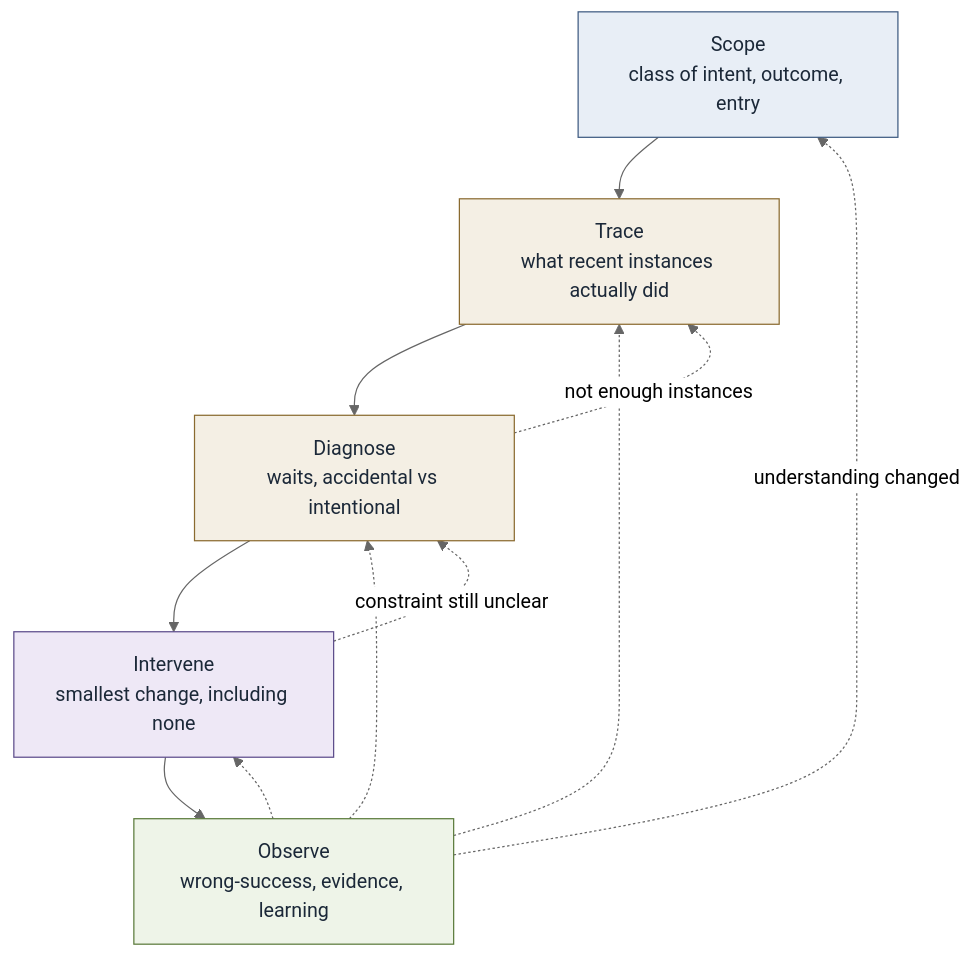
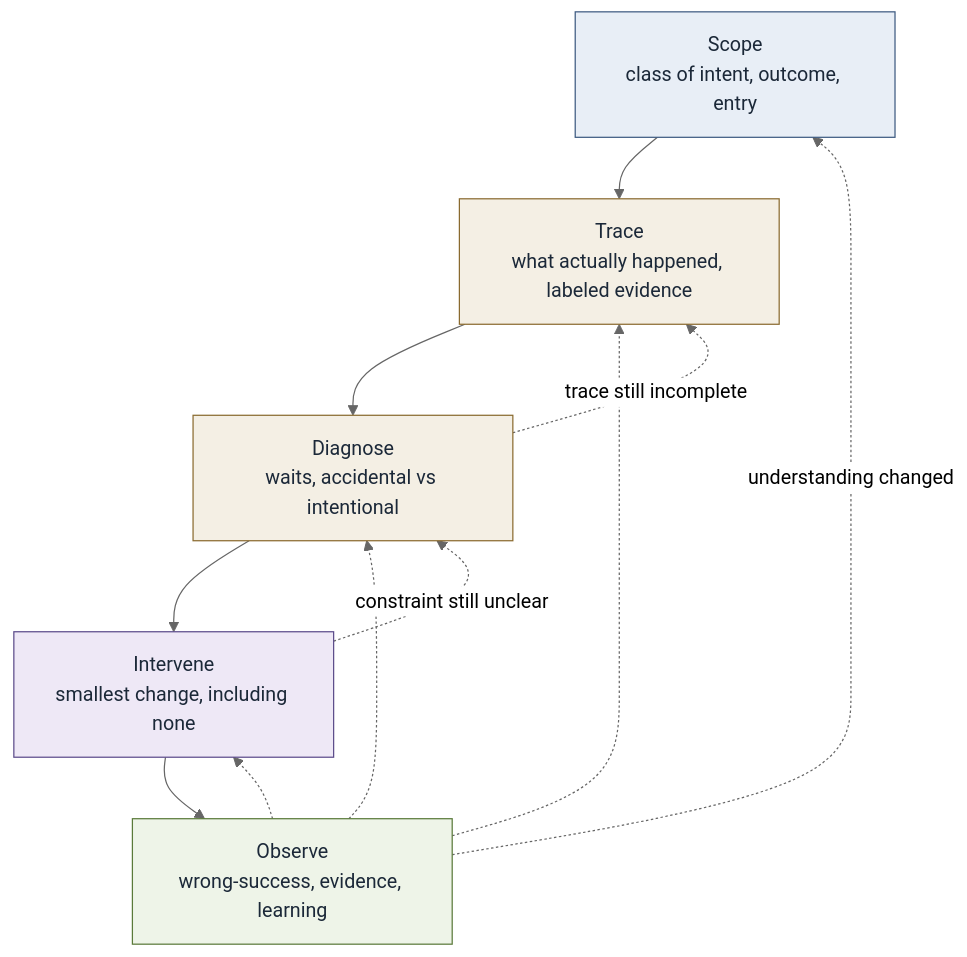
One commit to opsdevcode/convergence changed the diagram in diagrams/method-cycle.md. Above: the diagram before and after it, drawn with Mermaid (neutral theme). The commit also changed 7 other files, not shown here.

````diff
--- a/diagrams/method-cycle.md
+++ b/diagrams/method-cycle.md
@@ -9,27 +9,27 @@
 ```mermaid
 flowchart TB
   Scope["Scope<br/>class of intent, outcome, entry"]:::intent
-  Trace["Trace<br/>what recent instances actually did"]:::exp
+  Trace["Trace<br/>what actually happened, labeled evidence"]:::exp
   Diag["Diagnose<br/>waits, accidental vs intentional"]:::exp
   Int["Intervene<br/>smallest change, including none"]:::real
   Obs["Observe<br/>wrong-success, evidence, learning"]:::learn
 
   Scope --> Trace
   Trace --> Diag
   Diag --> Int
   Int --> Obs
   Obs -.->|understanding changed| Scope
   Obs -.-> Trace
   Obs -.-> Diag
   Obs -.-> Int
-  Diag -.->|not enough instances| Trace
+  Diag -.->|trace still incomplete| Trace
   Int -.->|constraint still unclear| Diag
 
   classDef intent fill:#E8EEF6,stroke:#3D5A80,color:#1B2838
   classDef cap fill:#E4EFE7,stroke:#2F6F4E,color:#1B2838
   classDef exp fill:#F4EFE4,stroke:#8A6A2F,color:#1B2838
   classDef real fill:#EEE8F6,stroke:#5B4B8A,color:#1B2838
   classDef out fill:#F6E8EE,stroke:#8A4B63,color:#1B2838
   classDef learn fill:#EEF4E8,stroke:#5A7A3A,color:#1B2838
   classDef team fill:#F3F4F6,stroke:#6B7280,color:#111827
 ```
````
